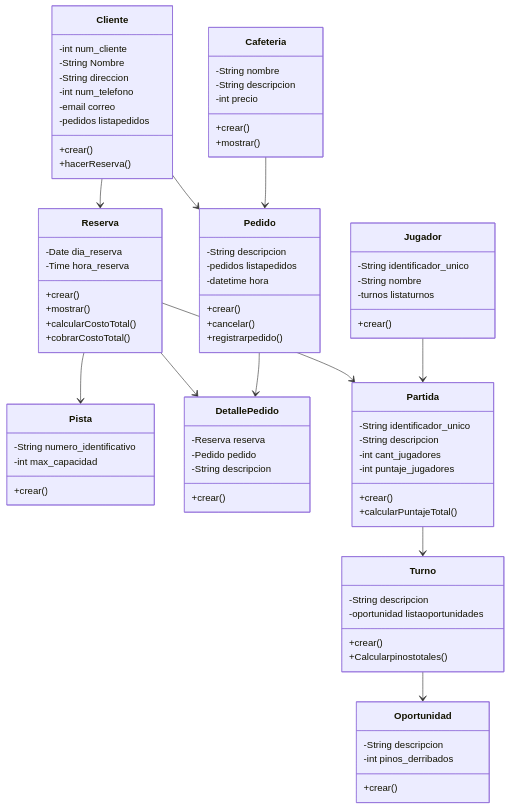
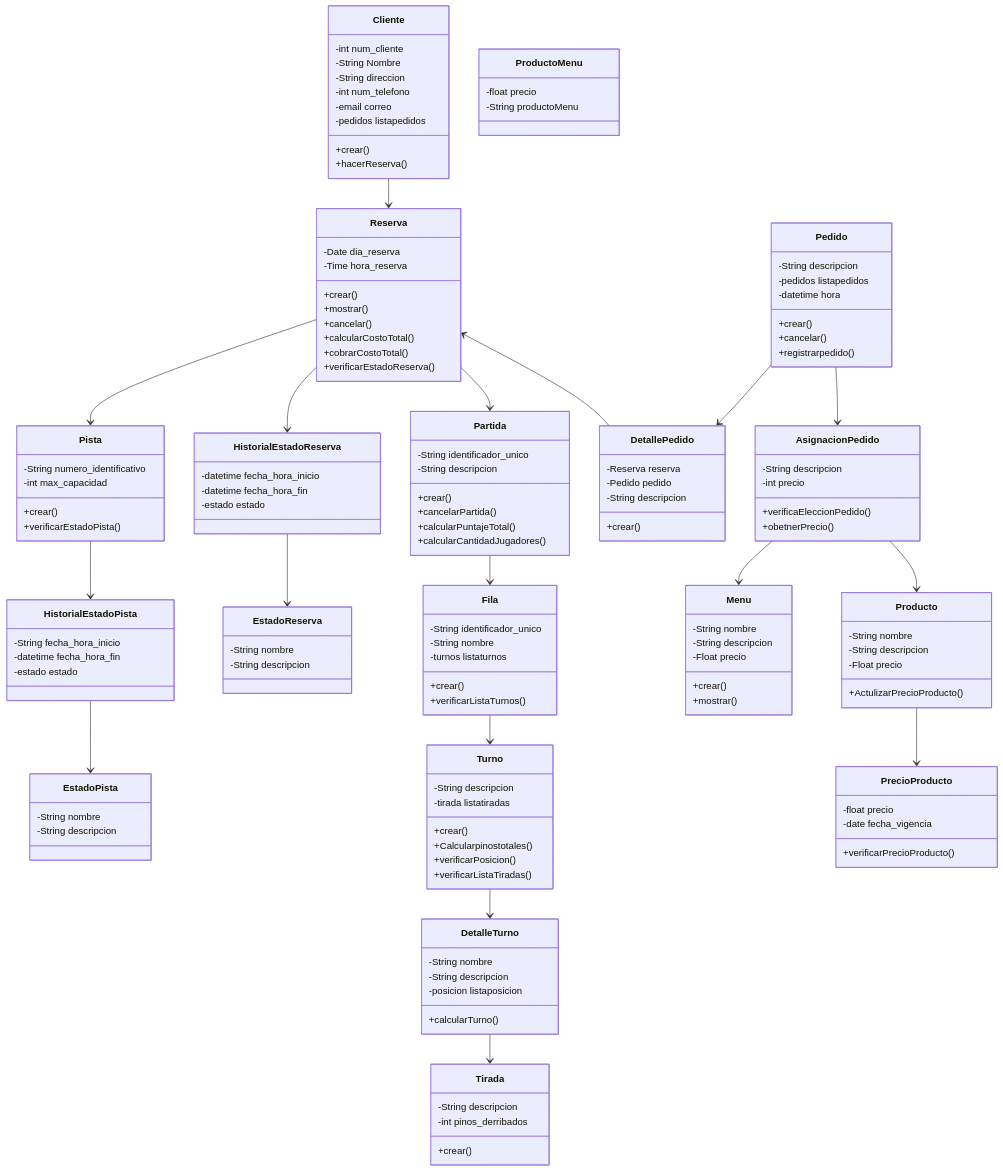
The diagram in CentroDeBowling.mmd (octalucero/Caso9_CentroDeBowling), drawn with Mermaid before and after one commit. The commit also changed 1 other file, not shown here.

```diff
--- a/CentroDeBowling.mmd
+++ b/CentroDeBowling.mmd
@@ -1,105 +1,179 @@
 classDiagram
     class Pista {
         -String numero_identificativo
         -int max_capacidad
 
         +crear()
+        +verificarEstadoPista()
+    }
+
+    class EstadoPista {
+        -String nombre
+        -String descripcion
+    }
+
+    class HistorialEstadoPista{
+        -String fecha_hora_inicio
+        -datetime fecha_hora_fin
+        -estado estado
     }
 
     class Cliente {
         -int num_cliente
         -String Nombre
         -String direccion
         -int num_telefono
         -email correo
         -pedidos listapedidos
 
         +crear()
         +hacerReserva()
-    }
+    }  
 
     class Reserva {
         -Date dia_reserva
         -Time hora_reserva
 
         +crear()
         +mostrar()
+        +cancelar()
         +calcularCostoTotal()
         +cobrarCostoTotal()
+        +verificarEstadoReserva()
     }
 
-    class Cafeteria {
+    class EstadoReserva {
         -String nombre
         -String descripcion
-        -int precio
+    }
+
+    class HistorialEstadoReserva {
+        -datetime fecha_hora_inicio
+        -datetime fecha_hora_fin
+        -estado estado
+    }
+
+    class Menu {
+        -String nombre
+        -String descripcion
+        -Float precio
 
         +crear()
         +mostrar()
+    }
+
+    class ProductoMenu{
+        -float precio
+        -String productoMenu
+    }
+
+    class Producto {
+        -String nombre
+        -String descripcion
+        -Float precio
+
+        +ActulizarPrecioProducto()
     }
 
     class Pedido {
         -String descripcion
         -pedidos listapedidos
         -datetime hora
 
         +crear()
         +cancelar()
         +registrarpedido()
     }
 
     class DetallePedido {
         -Reserva reserva
         -Pedido pedido
         -String descripcion
 
         +crear()
     }
 
+    class PrecioProducto {
+        -float precio
+        -date fecha_vigencia
+
+        +verificarPrecioProducto()
+    }
+
+    class AsignacionPedido {
+        -String descripcion
+        -int precio
+
+        +verificaEleccionPedido()
+        +obetnerPrecio()
+    }
+
     class Partida {
         -String identificador_unico
         -String descripcion
-        -int cant_jugadores
-        -int puntaje_jugadores
         
         +crear()
+        +cancelarPartida()
         +calcularPuntajeTotal()
+        +calcularCantidadJugadores()
     }
 
-    class Jugador {
+    class Fila {
         -String identificador_unico
         -String nombre
         -turnos listaturnos
 
         +crear()
+        +verificarListaTurnos()
     }
 
     class Turno {
         -String descripcion
-        -oportunidad listaoportunidades
+        -tirada listatiradas
 
         +crear()
         +Calcularpinostotales()
+        +verificarPosicion()
+        +verificarListaTiradas()
     }
 
-    class Oportunidad {
+    class DetalleTurno {
+        -String nombre
+        -String descripcion
+        -posicion listaposicion
+
+        +calcularTurno()
+    }
+
+    class Tirada {
         -String descripcion
         -int pinos_derribados
 
         +crear()    
     }
 
+
 Cliente --> Reserva
-Cliente --> Pedido
+Pedido --> DetallePedido
 
 Reserva --> Pista
+Reserva --> HistorialEstadoReserva
+
+AsignacionPedido --> Menu
+AsignacionPedido --> Producto
+Pedido --> AsignacionPedido
+
+Partida --> Fila
+Fila --> Turno
+Turno --> DetalleTurno
+DetalleTurno --> Tirada
+
+HistorialEstadoReserva --> EstadoReserva
+
+Pista --> HistorialEstadoPista
+HistorialEstadoPista --> EstadoPista
+
 Reserva --> Partida
-Reserva --> DetallePedido
+Reserva <-- DetallePedido
 
-Pedido --> DetallePedido
-
-Cafeteria --> Pedido
-
-Partida --> Turno 
-Turno --> Oportunidad
-
-Jugador --> Partida
+Producto --> PrecioProducto
```
